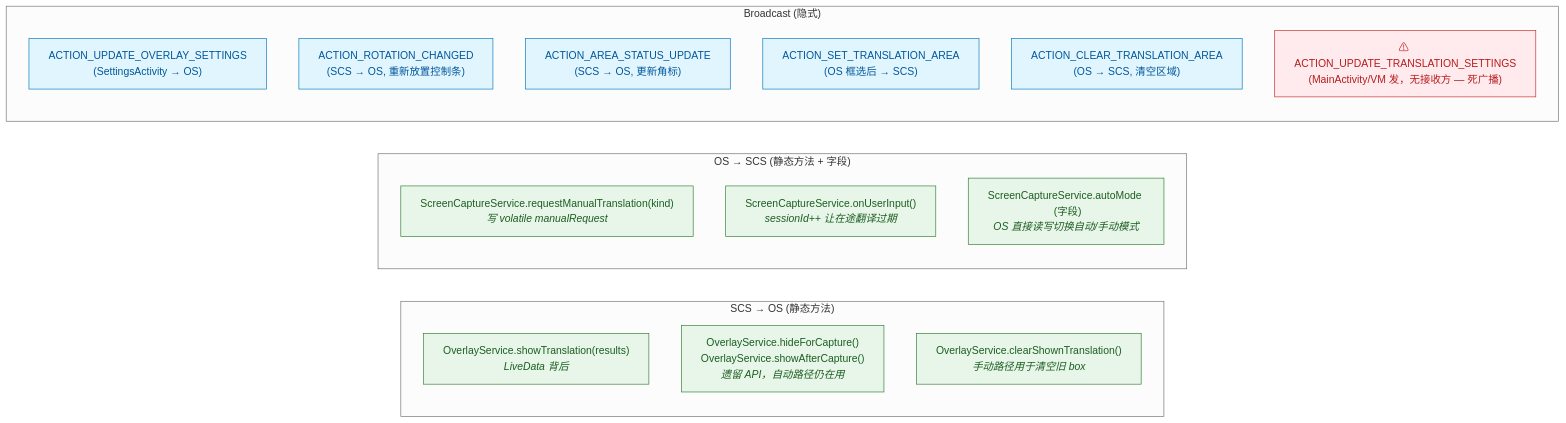
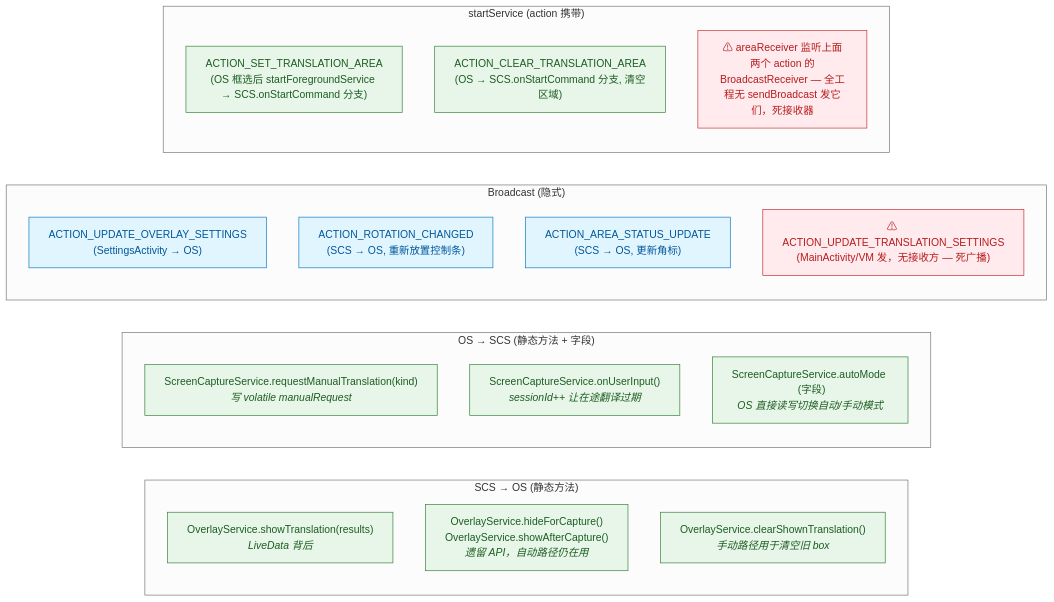
The sixth of 8 diagrams in ARCHITECTURE.md (wilson15832/ocr_translator_ai), drawn with Mermaid (neutral theme) before and after one commit. The commit also changed other lines of this file and 15 other files, not shown here.

````diff
--- a/ARCHITECTURE.md
+++ b/ARCHITECTURE.md
@@ -313,30 +313,35 @@
 ```mermaid
 flowchart LR
     classDef ok    fill:#E8F5E9,stroke:#2E7D32,color:#1B5E20
     classDef warn  fill:#FFEBEE,stroke:#C62828,color:#B71C1C
     classDef bcast fill:#E1F5FE,stroke:#0277BD,color:#01579B
 
     subgraph A["SCS → OS (静态方法)"]
       direction TB
       A1["OverlayService.showTranslation(results)<br/><i>LiveData 背后</i>"]:::ok
       A2["OverlayService.hideForCapture()<br/>OverlayService.showAfterCapture()<br/><i>遗留 API，自动路径仍在用</i>"]:::ok
       A3["OverlayService.clearShownTranslation()<br/><i>手动路径用于清空旧 box</i>"]:::ok
     end
 
     subgraph B["OS → SCS (静态方法 + 字段)"]
       direction TB
       B1["ScreenCaptureService.requestManualTranslation(kind)<br/><i>写 volatile manualRequest</i>"]:::ok
       B2["ScreenCaptureService.onUserInput()<br/><i>sessionId++ 让在途翻译过期</i>"]:::ok
       B3["ScreenCaptureService.autoMode  (字段)<br/><i>OS 直接读写切换自动/手动模式</i>"]:::ok
     end
 
     subgraph C["Broadcast (隐式)"]
       direction TB
       C1["ACTION_UPDATE_OVERLAY_SETTINGS<br/>(SettingsActivity → OS)"]:::bcast
       C2["ACTION_ROTATION_CHANGED<br/>(SCS → OS, 重新放置控制条)"]:::bcast
       C3["ACTION_AREA_STATUS_UPDATE<br/>(SCS → OS, 更新角标)"]:::bcast
-      C4["ACTION_SET_TRANSLATION_AREA<br/>(OS 框选后 → SCS)"]:::bcast
-      C5["ACTION_CLEAR_TRANSLATION_AREA<br/>(OS → SCS, 清空区域)"]:::bcast
       C6["⚠ ACTION_UPDATE_TRANSLATION_SETTINGS<br/>(MainActivity/VM 发，无接收方 — 死广播)"]:::warn
     end
+
+    subgraph D["startService (action 携带)"]
+      direction TB
+      D1["ACTION_SET_TRANSLATION_AREA<br/>(OS 框选后 startForegroundService → SCS.onStartCommand 分支)"]:::ok
+      D2["ACTION_CLEAR_TRANSLATION_AREA<br/>(OS → SCS.onStartCommand 分支, 清空区域)"]:::ok
+      D3["⚠ areaReceiver 监听上面两个 action 的<br/>BroadcastReceiver — 全工程无 sendBroadcast 发它们，死接收器"]:::warn
+    end
 ```
````
